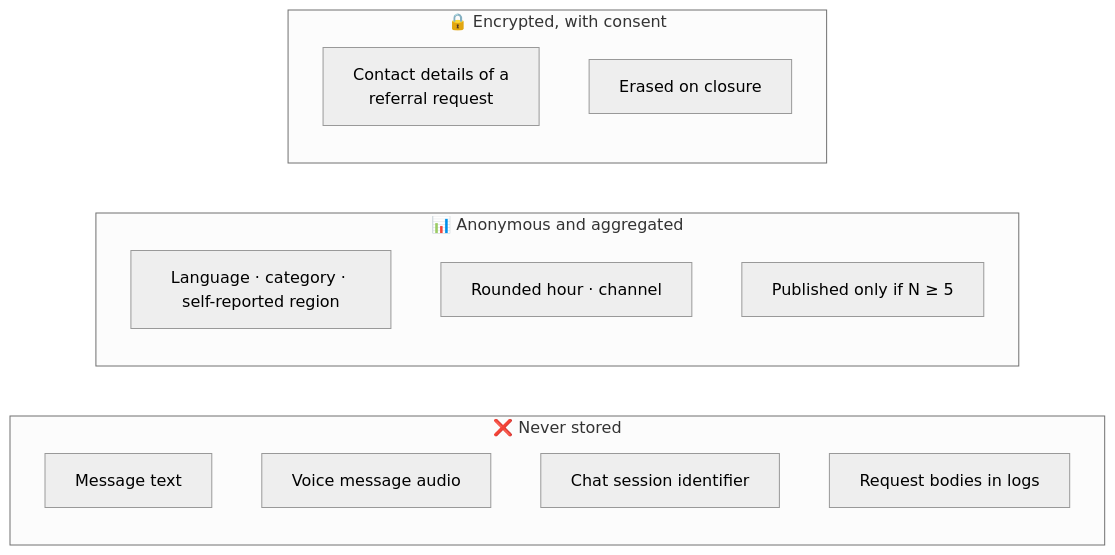
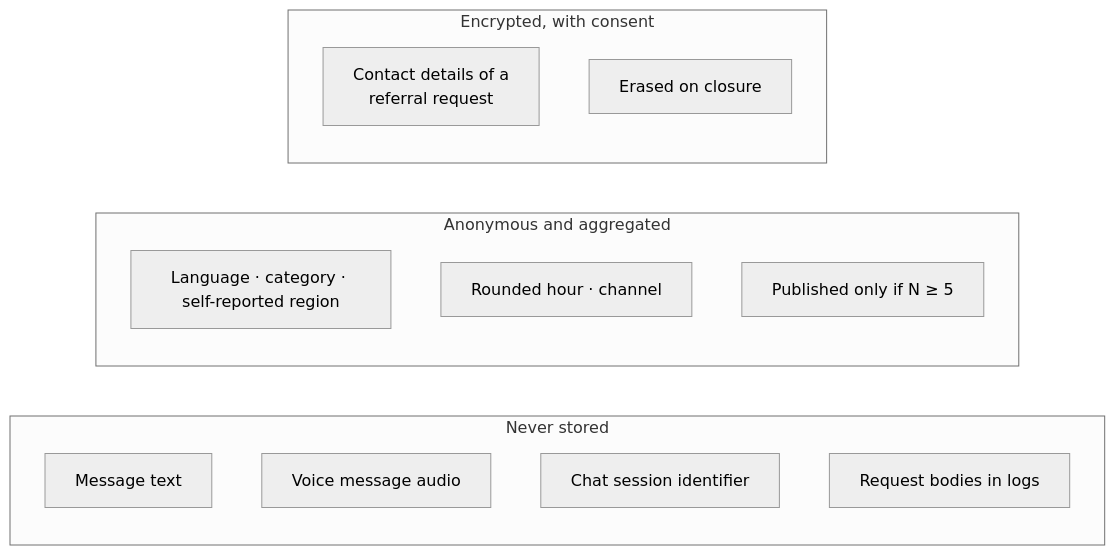
One commit to Dioumadev221/SUNUSAFEGUARD changed diagram 13 of 17 in README.md. Above: the diagram before and after it, drawn with Mermaid (neutral theme). The commit also changed other lines of this file and 1 other file, not shown here.

````diff
--- a/README.md
+++ b/README.md
@@ -613,18 +613,18 @@
 ```mermaid
 flowchart LR
-    subgraph NEVER["❌ Never stored"]
+    subgraph NEVER["Never stored"]
         J1["Message text"]
         J2["Voice message audio"]
         J3["Chat session identifier"]
         J4["Request bodies in logs"]
     end
-    subgraph ANON["📊 Anonymous and aggregated"]
+    subgraph ANON["Anonymous and aggregated"]
         A1["Language · category · self-reported region"]
         A2["Rounded hour · channel"]
         A3["Published only if N ≥ 5"]
     end
-    subgraph PROT["🔒 Encrypted, with consent"]
+    subgraph PROT["Encrypted, with consent"]
         P1["Contact details of a<br/>referral request"]
         P2["Erased on closure"]
     end
 ```
````
